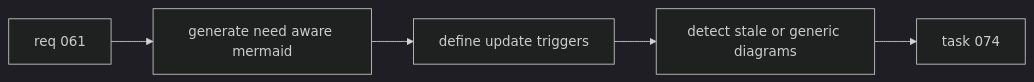
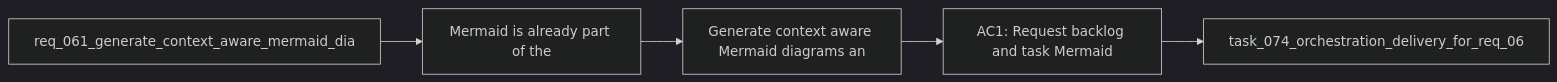
Before and after one commit to AlexAgo83/logics-manager: the diagram in logics/backlog/item_073_generate_context_aware_mermaid_diagrams_and_keep_them_updated_in_logics_docs.md, drawn with Mermaid (dark theme). The commit also changed other lines of this file and 481 other files, not shown here.

````diff
--- a/logics/backlog/item_073_generate_context_aware_mermaid_diagrams_and_keep_them_updated_in_logics_docs.md
+++ b/logics/backlog/item_073_generate_context_aware_mermaid_diagrams_and_keep_them_updated_in_logics_docs.md
@@ -31,9 +31,9 @@
 ```mermaid
 %% logics-kind: backlog
 %% logics-signature: backlog|generate-context-aware-mermaid-diagrams-|req-061-generate-context-aware-mermaid-d|mermaid-is-already-part-of-the|ac1-request-backlog-and-task-mermaid
 flowchart LR
-    Req[req 061] --> Generate[generate need aware mermaid]
-    Generate --> Update[define update triggers]
-    Update --> Detect[detect stale or generic diagrams]
-    Detect --> Task[task 074]
+    Request[req_061_generate_context_aware_mermaid_dia] --> Problem[Mermaid is already part of the]
+    Problem --> Scope[Generate context aware Mermaid diagrams an]
+    Scope --> Acceptance[AC1: Request backlog and task Mermaid]
+    Acceptance --> Tasks[task_074_orchestration_delivery_for_req_06]
 ```
````
